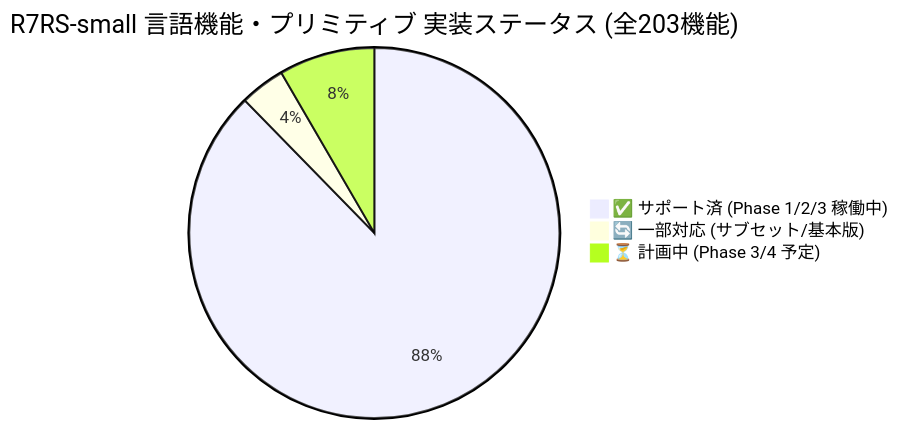
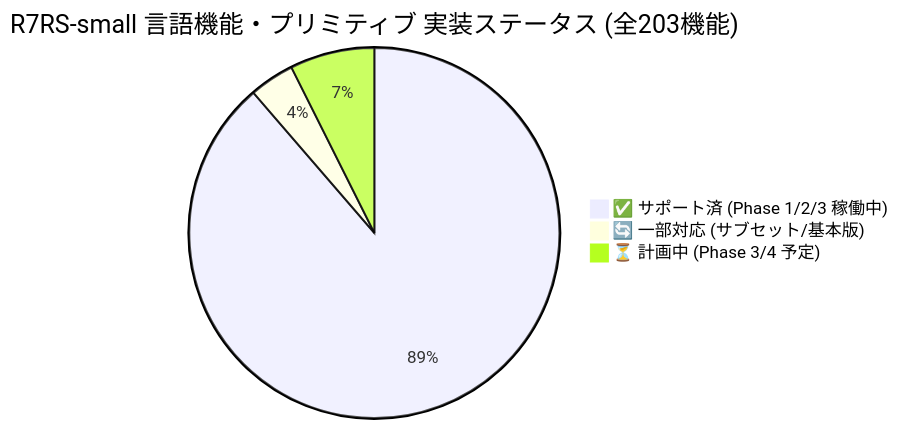
One commit to rokujyouhitoma/arxiv-security-papers changed the first of 3 diagrams in ilisp/docs/SPEC_R7RS.md. Above: the diagram before and after it, drawn with Mermaid. The commit also changed other lines of this file and 6 other files, not shown here.

````diff
--- a/ilisp/docs/SPEC_R7RS.md
+++ b/ilisp/docs/SPEC_R7RS.md
@@ -17,6 +17,6 @@
 ```mermaid
 pie title R7RS-small 言語機能・プリミティブ 実装ステータス (全203機能)
-    "✅ サポート済 (Phase 1/2/3 稼働中)" : 178
+    "✅ サポート済 (Phase 1/2/3 稼働中)" : 180
     "🔄 一部対応 (サブセット/基本版)" : 8
-    "⏳ 計画中 (Phase 3/4 予定)" : 17
+    "⏳ 計画中 (Phase 3/4 予定)" : 15
 ```
````
